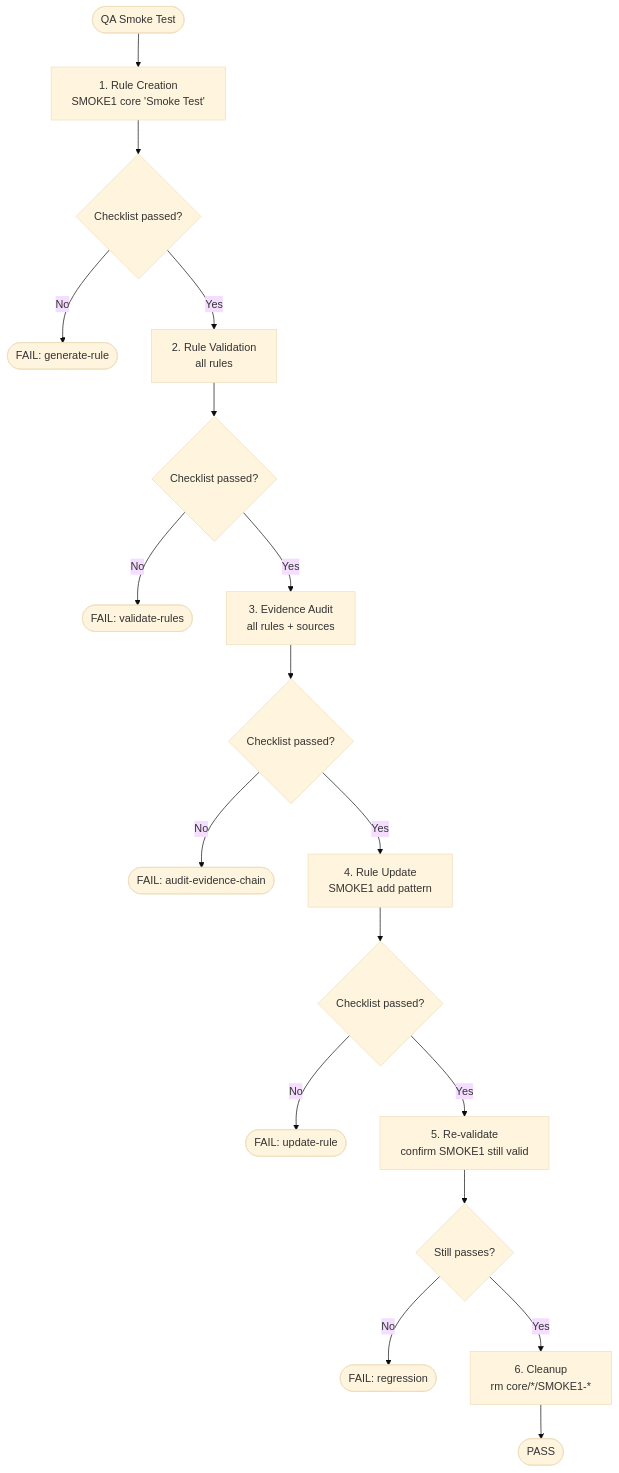
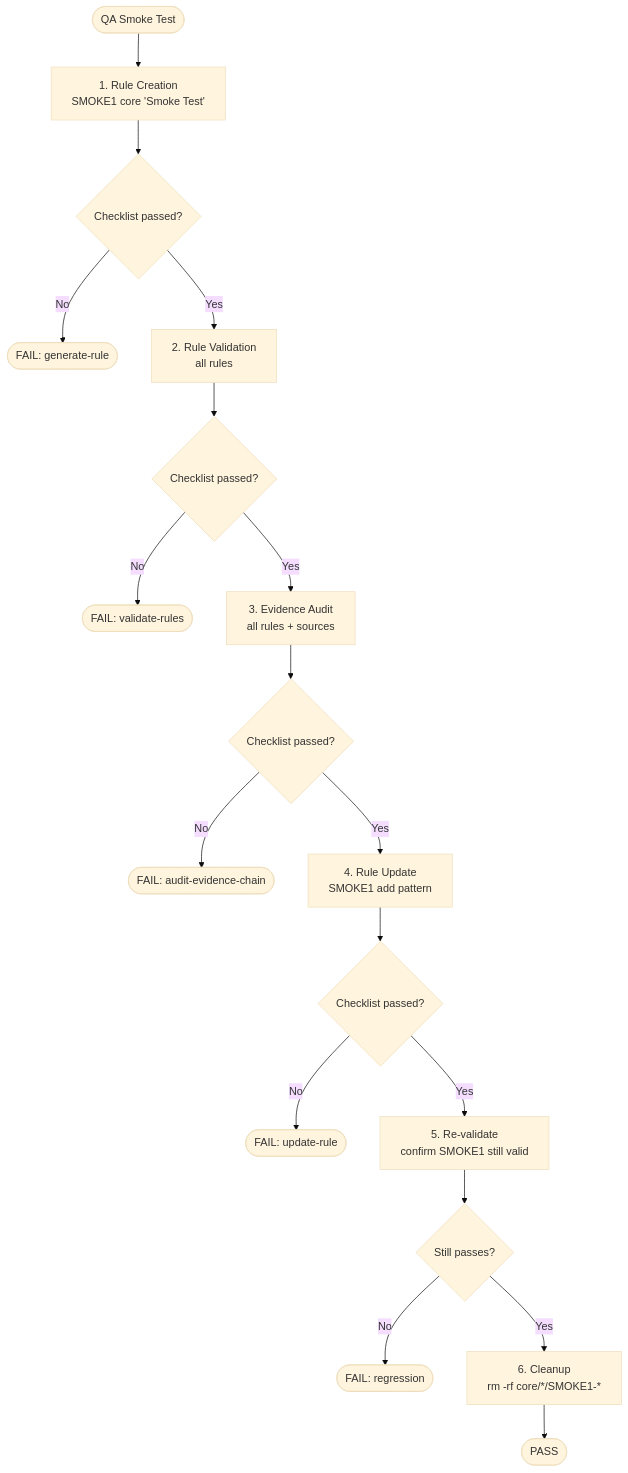
Before and after one commit to reporails/rules: the diagram in .shared/workflows/qa-smoke-test.md, drawn with Mermaid (base theme). The commit also changed other lines of this file and 131 other files, not shown here.

````diff
--- a/.shared/workflows/qa-smoke-test.md
+++ b/.shared/workflows/qa-smoke-test.md
@@ -5,20 +5,20 @@
 ```mermaid
 flowchart TD
     START([QA Smoke Test]) --> GEN[1. Rule Creation<br/>SMOKE1 core 'Smoke Test']
     GEN --> CHECK1{Checklist passed?}
     CHECK1 -->|No| FAIL1([FAIL: generate-rule])
     CHECK1 -->|Yes| VAL[2. Rule Validation<br/>all rules]
     VAL --> CHECK2{Checklist passed?}
     CHECK2 -->|No| FAIL2([FAIL: validate-rules])
     CHECK2 -->|Yes| AUDIT[3. Evidence Audit<br/>all rules + sources]
     AUDIT --> CHECK3{Checklist passed?}
     CHECK3 -->|No| FAIL3([FAIL: audit-evidence-chain])
     CHECK3 -->|Yes| UPD[4. Rule Update<br/>SMOKE1 add pattern]
     UPD --> CHECK4{Checklist passed?}
     CHECK4 -->|No| FAIL4([FAIL: update-rule])
     CHECK4 -->|Yes| REVAL[5. Re-validate<br/>confirm SMOKE1 still valid]
     REVAL --> CHECK5{Still passes?}
     CHECK5 -->|No| FAIL5([FAIL: regression])
-    CHECK5 -->|Yes| CLEANUP[6. Cleanup<br/>rm core/*/SMOKE1-*]
+    CHECK5 -->|Yes| CLEANUP[6. Cleanup<br/>rm -rf core/*/SMOKE1-*]
     CLEANUP --> PASS([PASS])
 ```
````
